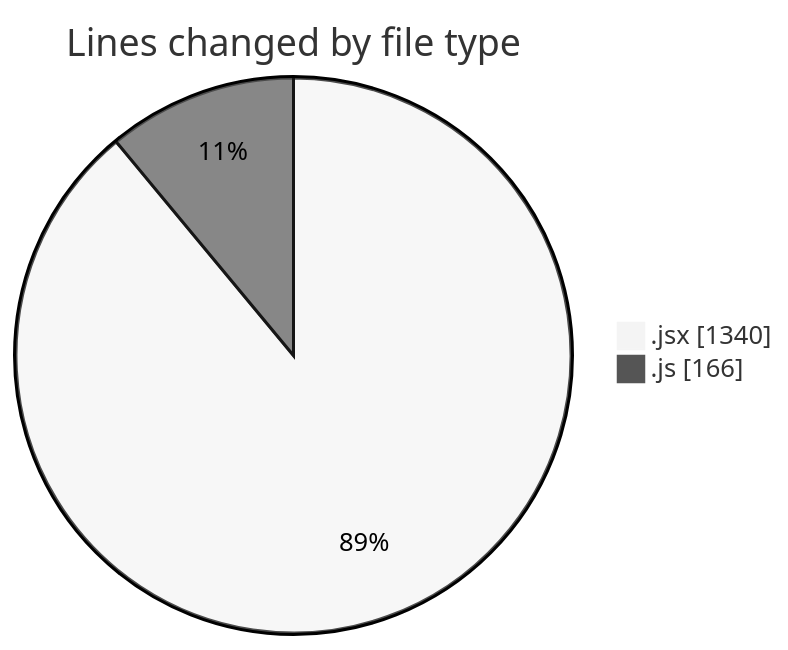
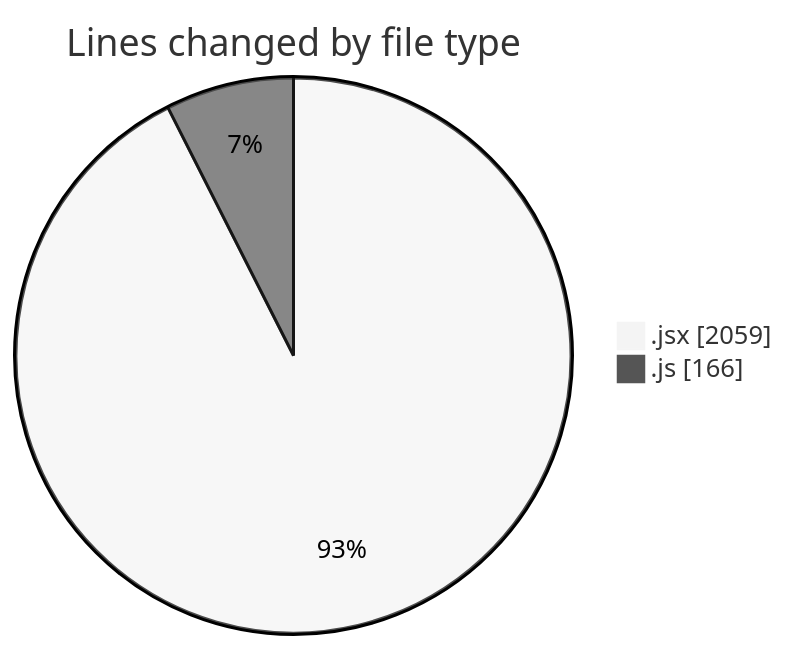
The first of 2 diagrams in 2025-12-28/nxtqube_webapp/README.md (nxtqubesakshisongat/code-tracking), drawn with Mermaid (neutral theme) before and after one commit. The commit also changed other lines of this file and 1 other file, not shown here.

````diff
--- a/2025-12-28/nxtqube_webapp/README.md
+++ b/2025-12-28/nxtqube_webapp/README.md
@@ -21,6 +22,6 @@
 ```mermaid
 pie showData
 title Lines changed by file type
-".jsx" : 1340
+".jsx" : 2059
 ".js" : 166
 ```
````
